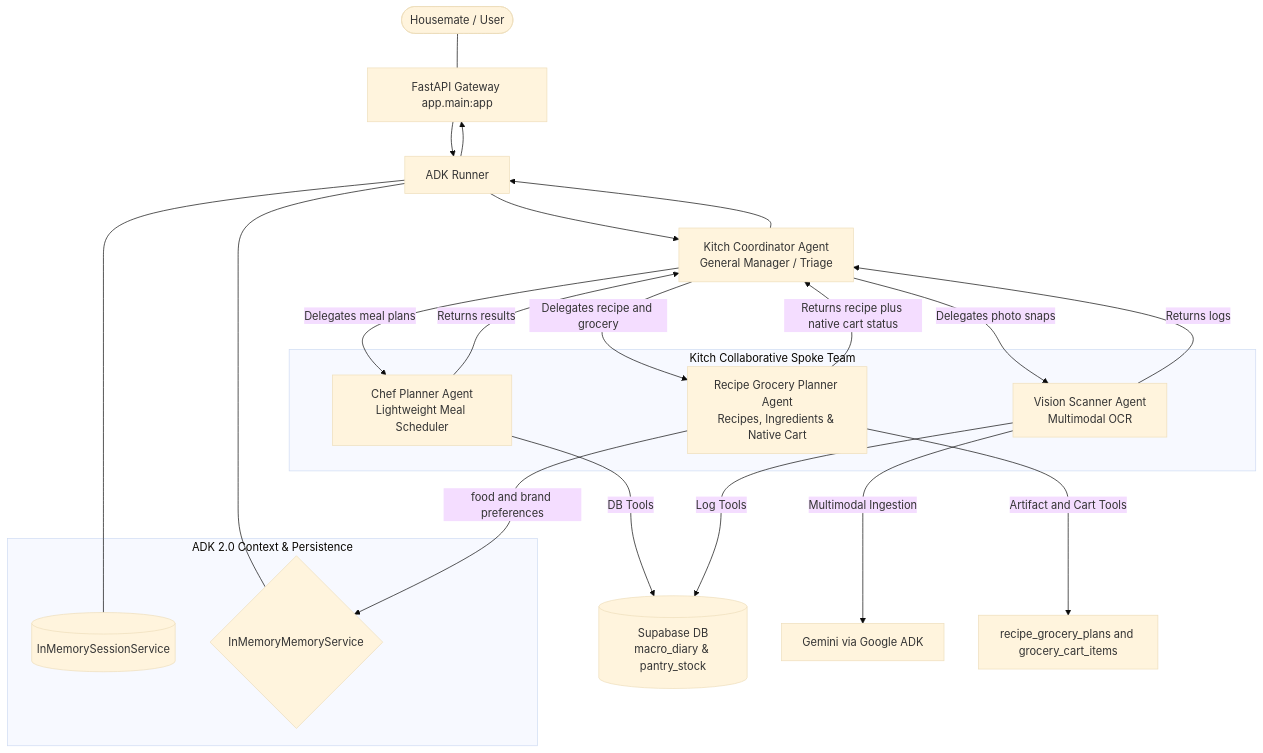
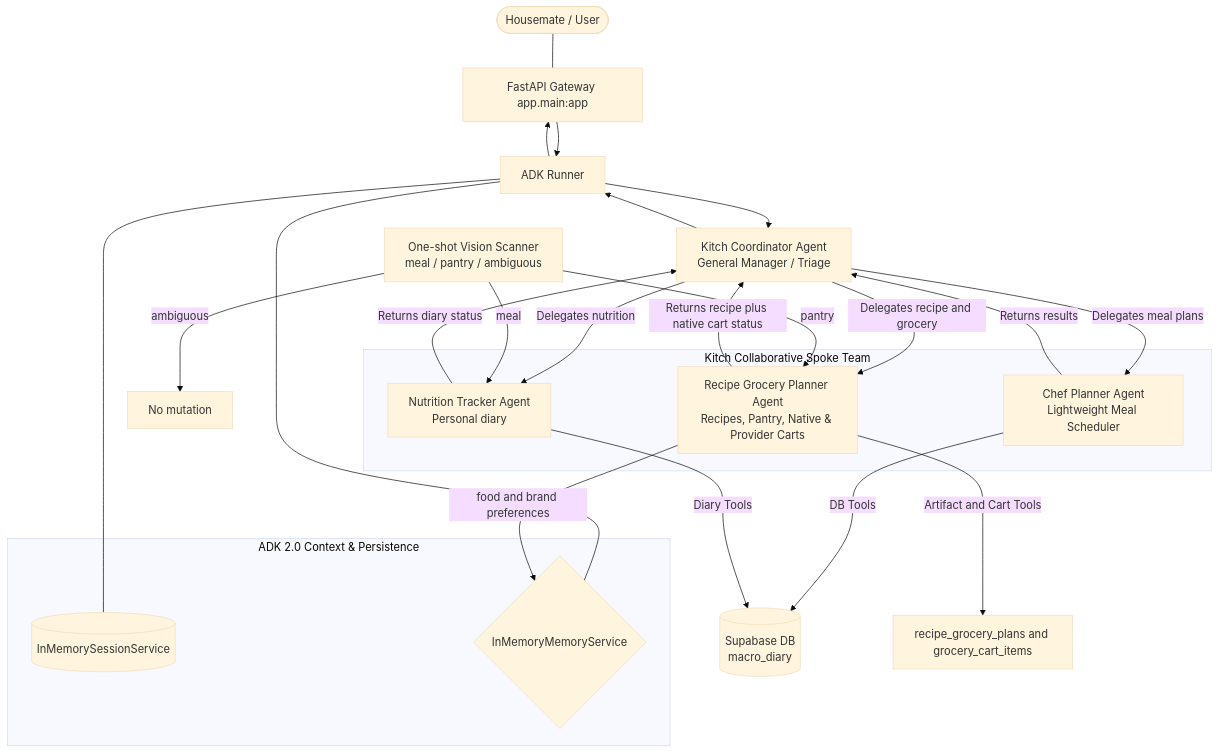
The diagram in docs/walkthrough.md (architworks/meal_and_grocery_agent), drawn with Mermaid (base theme) before and after one commit. The commit also changed other lines of this file and 26 other files, not shown here.

````diff
--- a/docs/walkthrough.md
+++ b/docs/walkthrough.md
@@ -18,45 +18,47 @@
 ```mermaid
 flowchart TD
     %% Entry point
     User([Housemate / User]) --- Gateway[FastAPI Gateway app.main:app]
     Gateway --> Runner[ADK Runner]
     Runner --> Gateway
     
     %% Native Services Layer
     subgraph ADK_Services [ADK 2.0 Context & Persistence]
         SessionSvc[(InMemorySessionService)]
         MemorySvc{InMemoryMemoryService}
     end
     
     Runner --- SessionSvc
     Runner --- MemorySvc
     
     %% Parent Coordinator
     Runner --> Parent[Kitch Coordinator Agent<br>General Manager / Triage]
     Parent --> Runner
     
-    %% Multi-Agent Routing & Delegation (3-Spoke Topology)
+    %% Multi-Agent Routing & Delegation
     subgraph Agent_Team [Kitch Collaborative Spoke Team]
         SubChef[Chef Planner Agent<br>Lightweight Meal Scheduler]
-        SubVision[Vision Scanner Agent<br>Multimodal OCR]
-        SubCart[Recipe Grocery Planner Agent<br>Recipes, Ingredients & Native Cart]
+        SubNutrition[Nutrition Tracker Agent<br>Personal diary]
+        SubCart[Recipe Grocery Planner Agent<br>Recipes, Pantry, Native & Provider Carts]
     end
     
     Parent -->|Delegates meal plans| SubChef
     SubChef -->|Returns results| Parent
     
-    Parent -->|Delegates photo snaps| SubVision
-    SubVision -->|Returns logs| Parent
+    Parent -->|Delegates nutrition| SubNutrition
+    SubNutrition -->|Returns diary status| Parent
     
     Parent -->|Delegates recipe and grocery| SubCart
     SubCart -->|Returns recipe plus native cart status| Parent
     
     %% Specialized Spoke Dependencies
     SubChef -->|DB Tools| DB[(Supabase DB<br>meal_plans)]
     
-    SubVision -->|Multimodal Ingestion| LLM[Gemini via Google ADK]
-    SubVision -->|Log Tools| DB[(Supabase DB<br>macro_diary & pantry_stock)]
+    Vision[One-shot Vision Scanner<br>meal / pantry / ambiguous] -->|meal| SubNutrition
+    Vision -->|pantry| SubCart
+    Vision -->|ambiguous| Clarify[No mutation]
+    SubNutrition -->|Diary Tools| DB[(Supabase DB<br>macro_diary)]
     
     SubCart -->|food and brand preferences| MemorySvc
     SubCart -->|Artifact and Cart Tools| RecipeCart[recipe_grocery_plans and grocery_cart_items]
 ```
````
